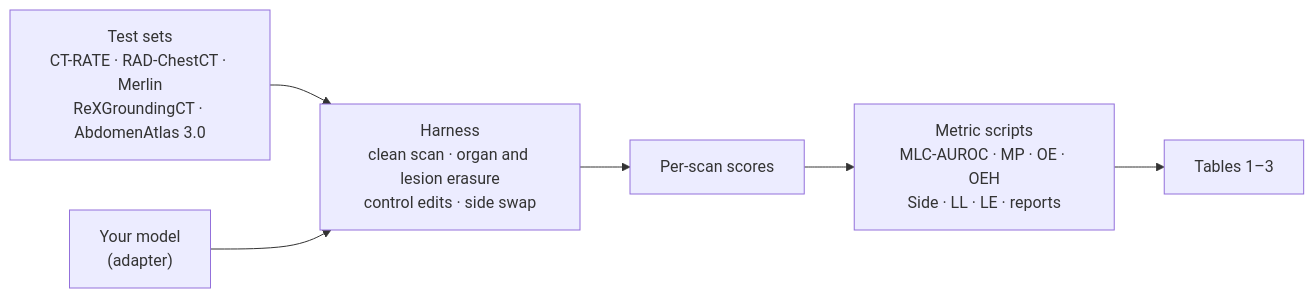
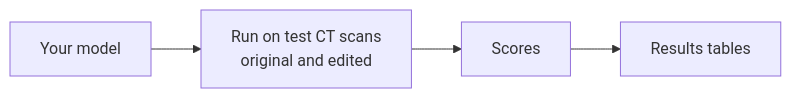
The diagram in README.md (lzl199704/organic3d), drawn with Mermaid before and after one commit.

Commit message:
README: overview, requirements, results, training and evaluation

````diff
--- a/README.md
+++ b/README.md
@@ -84,6 +84,4 @@
 ```mermaid
 flowchart LR
-  D["Test sets<br/>CT-RATE · RAD-ChestCT · Merlin<br/>ReXGroundingCT · AbdomenAtlas 3.0"] --> H
-  M["Your model<br/>(adapter)"] --> H["Harness<br/>clean scan · organ and lesion erasure<br/>control edits · side swap"]
-  H --> S["Per-scan scores"] --> E["Metric scripts<br/>MLC-AUROC · MP · OE · OEH<br/>Side · LL · LE · reports"] --> T["Tables 1–3"]
+  M["Your model"] --> R["Run on test CT scans<br/>original and edited"] --> S["Scores"] --> T["Results tables"]
 ```
````
